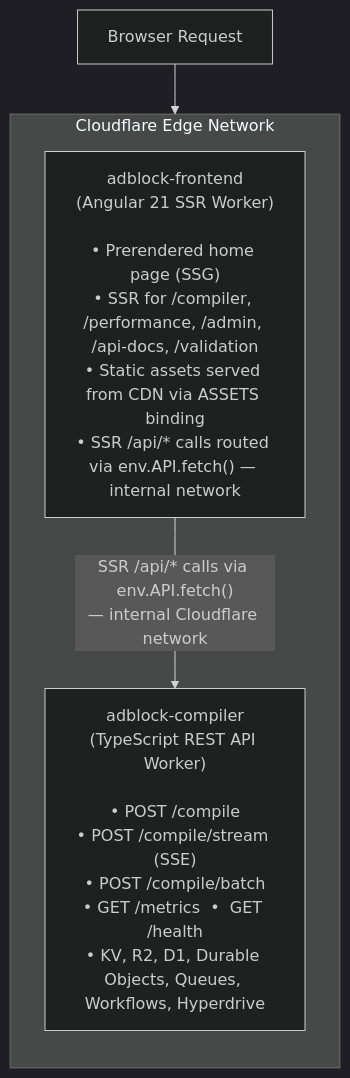
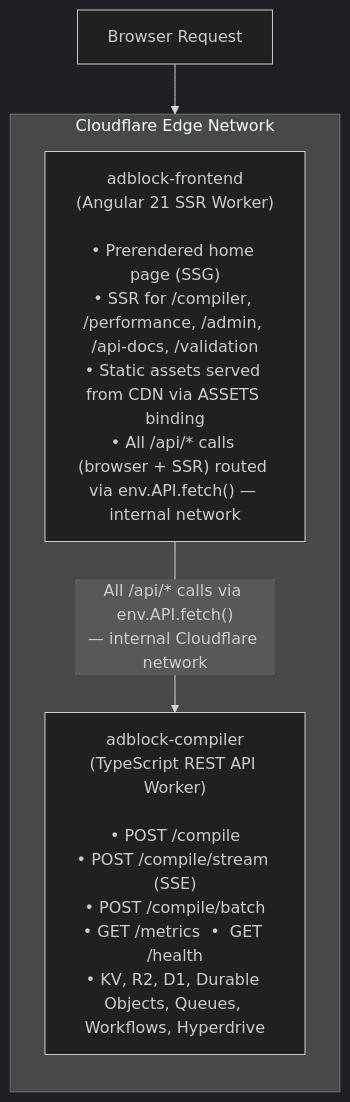
The third of 4 diagrams in docs/deployment/CLOUDFLARE_WORKERS_ARCHITECTURE.md (jaypatrick/adblock-compiler), drawn with Mermaid (dark theme) before and after one commit. The commit also changed other lines of this file and 1 other file, not shown here.

First line of the commit message:
fix: address review feedback — dev service target, /api/* scope, and code example accuracy

````diff
--- a/docs/deployment/CLOUDFLARE_WORKERS_ARCHITECTURE.md
+++ b/docs/deployment/CLOUDFLARE_WORKERS_ARCHITECTURE.md
@@ -130,11 +152,11 @@
 ```mermaid
 flowchart TD
     BROWSER["Browser Request"] --> EDGE
 
     subgraph EDGE["Cloudflare Edge Network"]
         direction TB
-        FRONTEND["adblock-frontend\n(Angular 21 SSR Worker)\n\n• Prerendered home page (SSG)\n• SSR for /compiler, /performance, /admin, /api-docs, /validation\n• Static assets served from CDN via ASSETS binding\n• SSR /api/* calls routed via env.API.fetch() — internal network"]
-        FRONTEND -->|"SSR /api/* calls via env.API.fetch()\n— internal Cloudflare network"| BACKEND
+        FRONTEND["adblock-frontend\n(Angular 21 SSR Worker)\n\n• Prerendered home page (SSG)\n• SSR for /compiler, /performance, /admin, /api-docs, /validation\n• Static assets served from CDN via ASSETS binding\n• All /api/* calls (browser + SSR) routed via env.API.fetch() — internal network"]
+        FRONTEND -->|"All /api/* calls via env.API.fetch()\n— internal Cloudflare network"| BACKEND
         BACKEND["adblock-compiler\n(TypeScript REST API Worker)\n\n• POST /compile\n• POST /compile/stream (SSE)\n• POST /compile/batch\n• GET /metrics  •  GET /health\n• KV, R2, D1, Durable Objects, Queues, Workflows, Hyperdrive"]
     end
 ```
````
